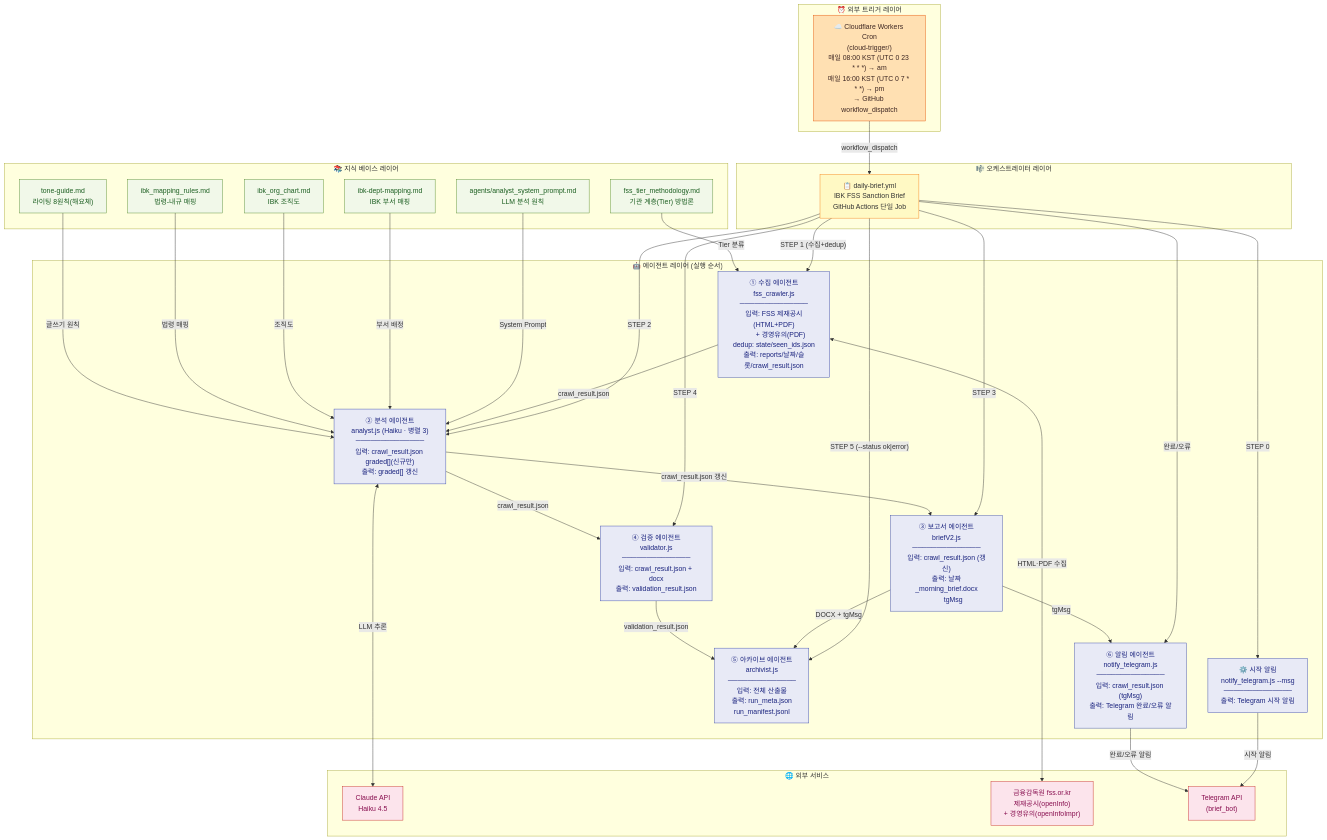
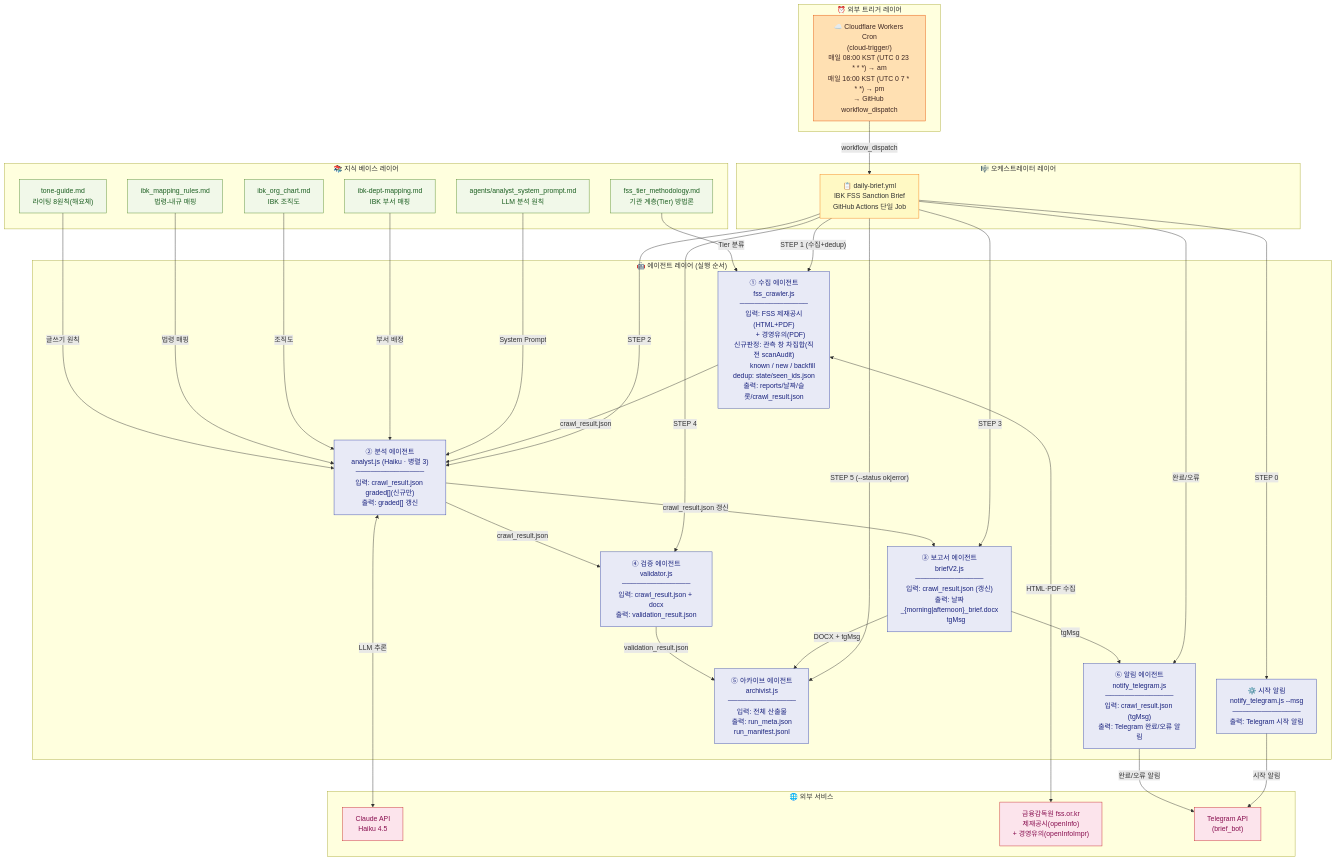
Before and after one commit to pyorocop-lang/ibk-FSS-brief: the first of 2 diagrams in docs/technical/AGENT_ORG_CHART.md, drawn with Mermaid. The commit also changed other lines of this file and 19 other files, not shown here.

````diff
--- a/docs/technical/AGENT_ORG_CHART.md
+++ b/docs/technical/AGENT_ORG_CHART.md
@@ -10,76 +10,76 @@
 ```mermaid
 flowchart TD
     subgraph TRIGGER["⏰ 외부 트리거 레이어"]
         TRG1["☁️ Cloudflare Workers Cron\n(cloud-trigger/)\n매일 08:00 KST (UTC 0 23 * * *) → am\n매일 16:00 KST (UTC 0 7 * * *) → pm\n→ GitHub workflow_dispatch"]
     end
 
     subgraph ORCHESTRATOR["🎼 오케스트레이터 레이어"]
         ORC1["📋 daily-brief.yml\nIBK FSS Sanction Brief\nGitHub Actions 단일 Job"]
     end
 
     subgraph AGENTS["🤖 에이전트 레이어 (실행 순서)"]
         A0["⚙️ 시작 알림\nnotify_telegram.js --msg\n──────────────\n출력: Telegram 시작 알림"]
-        A1["① 수집 에이전트\nfss_crawler.js\n──────────────\n입력: FSS 제재공시(HTML+PDF)\n       + 경영유의(PDF)\ndedup: state/seen_ids.json\n출력: reports/날짜/슬롯/crawl_result.json"]
+        A1["① 수집 에이전트\nfss_crawler.js\n──────────────\n입력: FSS 제재공시(HTML+PDF)\n       + 경영유의(PDF)\n신규판정: 관측 창 차집합(직전 scanAudit)\n         known / new / backfill\ndedup: state/seen_ids.json\n출력: reports/날짜/슬롯/crawl_result.json"]
         A2["② 분석 에이전트\nanalyst.js (Haiku · 병렬 3)\n──────────────\n입력: crawl_result.json graded[](신규만)\n출력: graded[] 갱신"]
-        A3["③ 보고서 에이전트\nbriefV2.js\n──────────────\n입력: crawl_result.json (갱신)\n출력: 날짜_morning_brief.docx\n       tgMsg"]
+        A3["③ 보고서 에이전트\nbriefV2.js\n──────────────\n입력: crawl_result.json (갱신)\n출력: 날짜_{morning|afternoon}_brief.docx\n       tgMsg"]
         A4["④ 검증 에이전트\nvalidator.js\n──────────────\n입력: crawl_result.json + docx\n출력: validation_result.json"]
         A5["⑤ 아카이브 에이전트\narchivist.js\n──────────────\n입력: 전체 산출물\n출력: run_meta.json\n       run_manifest.jsonl"]
         A6["⑥ 알림 에이전트\nnotify_telegram.js\n──────────────\n입력: crawl_result.json (tgMsg)\n출력: Telegram 완료/오류 알림"]
     end
 
     subgraph KNOWLEDGE["📚 지식 베이스 레이어"]
         K1["agents/analyst_system_prompt.md\nLLM 분석 원칙"]
         K2["ibk-dept-mapping.md\nIBK 부서 매핑"]
         K3["ibk_org_chart.md\nIBK 조직도"]
         K4["ibk_mapping_rules.md\n법령-내규 매핑"]
         K5["fss_tier_methodology.md\n기관 계층(Tier) 방법론"]
         K6["tone-guide.md\n라이팅 8원칙(해요체)"]
     end
 
     subgraph EXTERNAL["🌐 외부 서비스"]
         EXT1["Claude API\nHaiku 4.5"]
         EXT2["금융감독원 fss.or.kr\n제재공시(openInfo)\n+ 경영유의(openInfoImpr)"]
         EXT3["Telegram API\n(brief_bot)"]
     end
 
     TRG1 -->|"workflow_dispatch"| ORC1
 
     ORC1 -->|"STEP 0"| A0
     ORC1 -->|"STEP 1 (수집+dedup)"| A1
     ORC1 -->|"STEP 2"| A2
     ORC1 -->|"STEP 3"| A3
     ORC1 -->|"STEP 4"| A4
     ORC1 -->|"STEP 5 (--status ok|error)"| A5
     ORC1 -->|"완료/오류"| A6
 
     A1 -->|"crawl_result.json"| A2
     A2 -->|"crawl_result.json 갱신"| A3
     A2 -->|"crawl_result.json"| A4
     A3 -->|"DOCX + tgMsg"| A5
     A4 -->|"validation_result.json"| A5
     A3 -->|"tgMsg"| A6
 
     K1 -->|"System Prompt"| A2
     K2 -->|"부서 배정"| A2
     K3 -->|"조직도"| A2
     K4 -->|"법령 매핑"| A2
     K5 -->|"Tier 분류"| A1
     K6 -->|"글쓰기 원칙"| A2
 
     A1 <-->|"HTML·PDF 수집"| EXT2
     A2 <-->|"LLM 추론"| EXT1
     A0 -->|"시작 알림"| EXT3
     A6 -->|"완료/오류 알림"| EXT3
 
     classDef trigger fill:#FFE0B2,stroke:#E65100,color:#3E2723
     classDef orch fill:#FFF9C4,stroke:#F57F17,color:#333
     classDef agent fill:#E8EAF6,stroke:#3949AB,color:#1A237E
     classDef knowledge fill:#F1F8E9,stroke:#558B2F,color:#1B5E20
     classDef external fill:#FCE4EC,stroke:#C62828,color:#880E4F
 
     class TRG1 trigger
     class ORC1 orch
     class A0,A1,A2,A3,A4,A5,A6 agent
     class K1,K2,K3,K4,K5,K6 knowledge
     class EXT1,EXT2,EXT3 external
 ```
````
